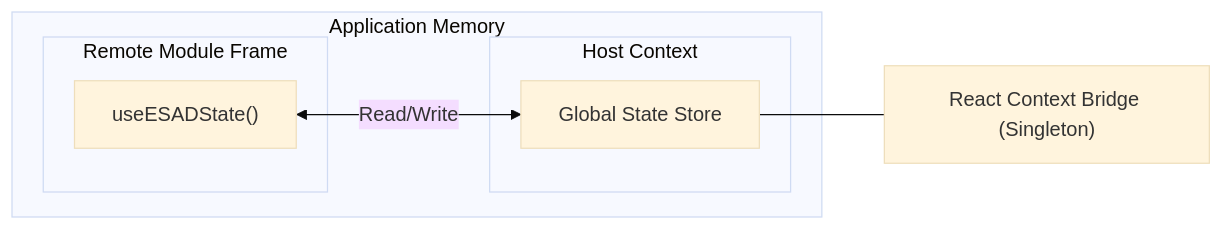
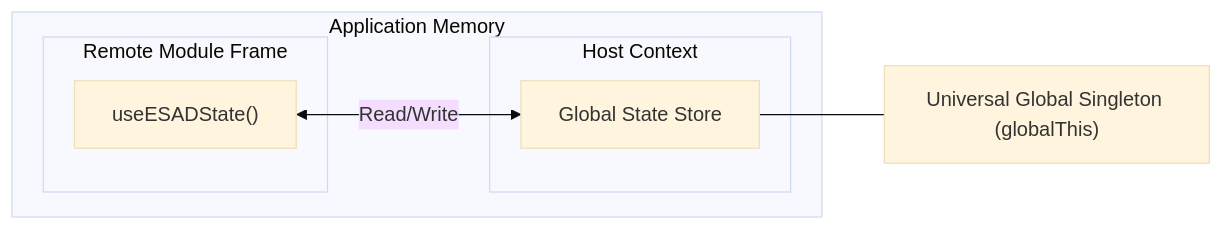
One commit to CodeMoreira/esad changed the third of 3 diagrams in ESAD_ARCHITECTURE.md. Above: the diagram before and after it, drawn with Mermaid (base theme). The commit also changed other lines of this file, not shown here.

Commit message:
docs: update architecture for v1.4.1 (Dev-Cloud & Auto-Sync)

````diff
--- a/ESAD_ARCHITECTURE.md
+++ b/ESAD_ARCHITECTURE.md
@@ -132,15 +141,15 @@
 ```mermaid
 graph LR
     subgraph "Application Memory"
         subgraph "Host Context"
             H_State["Global State Store"]
         end
         
         subgraph "Remote Module Frame"
             M_Hook["useESADState()"]
         end
     end
 
     M_Hook <-->|Read/Write| H_State
-    H_State --- Bridge["React Context Bridge (Singleton)"]
+    H_State --- Bridge["Universal Global Singleton (globalThis)"]
 ```
````
